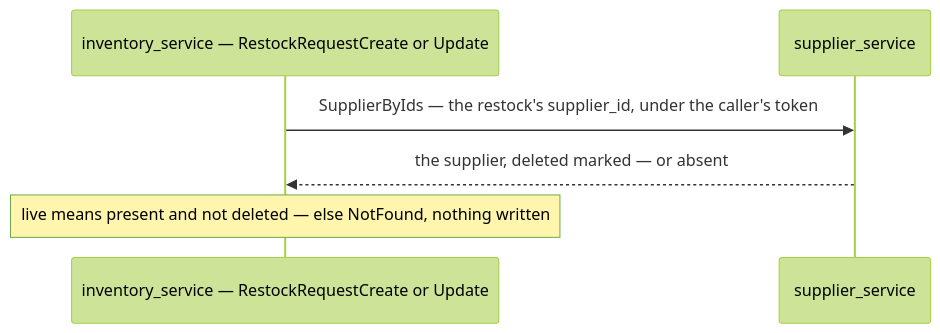
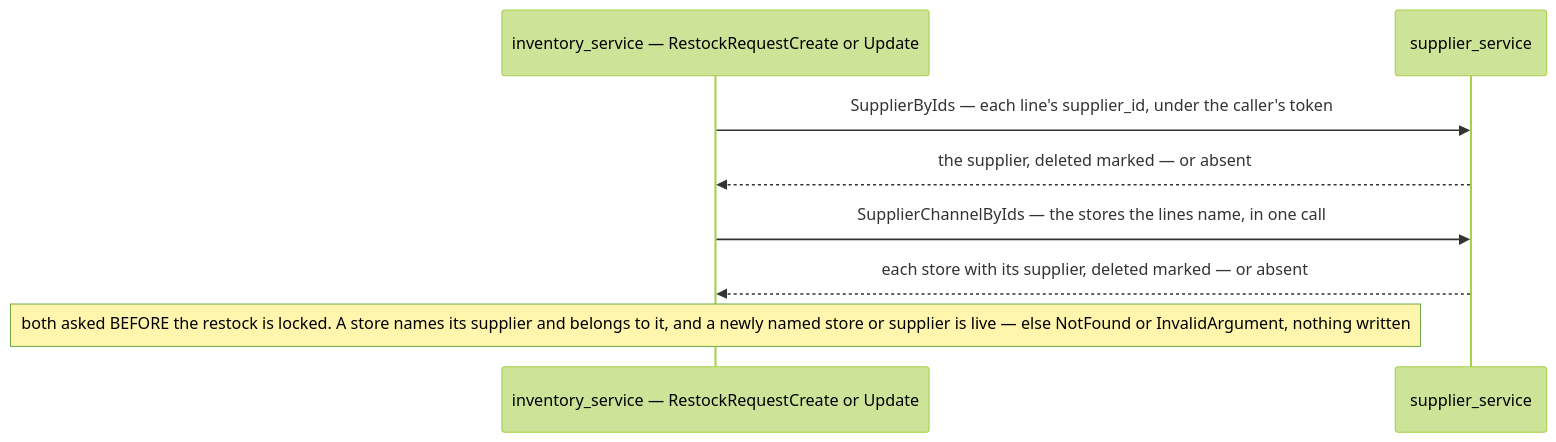
The third of 6 diagrams in docs/services/supplier_service/rpc.md (pdcgo/warehouse_revamp), drawn with Mermaid (forest theme) before and after one commit. The commit also changed other lines of this file and 19 other files, not shown here.

First line of the commit message:
feat(restock): stage 3 — store names, the store check, the money events

````diff
--- a/docs/services/supplier_service/rpc.md
+++ b/docs/services/supplier_service/rpc.md
@@ -77,8 +78,10 @@
 ```mermaid
 sequenceDiagram
   participant INV as inventory_service — RestockRequestCreate or Update
   participant S as supplier_service
-  INV->>S: SupplierByIds — the restock's supplier_id, under the caller's token
+  INV->>S: SupplierByIds — each line's supplier_id, under the caller's token
   S-->>INV: the supplier, deleted marked — or absent
-  Note over INV: live means present and not deleted — else NotFound, nothing written
+  INV->>S: SupplierChannelByIds — the stores the lines name, in one call
+  S-->>INV: each store with its supplier, deleted marked — or absent
+  Note over INV: both asked BEFORE the restock is locked. A store names its supplier and belongs to it, and a newly named store or supplier is live — else NotFound or InvalidArgument, nothing written
 ```
````
